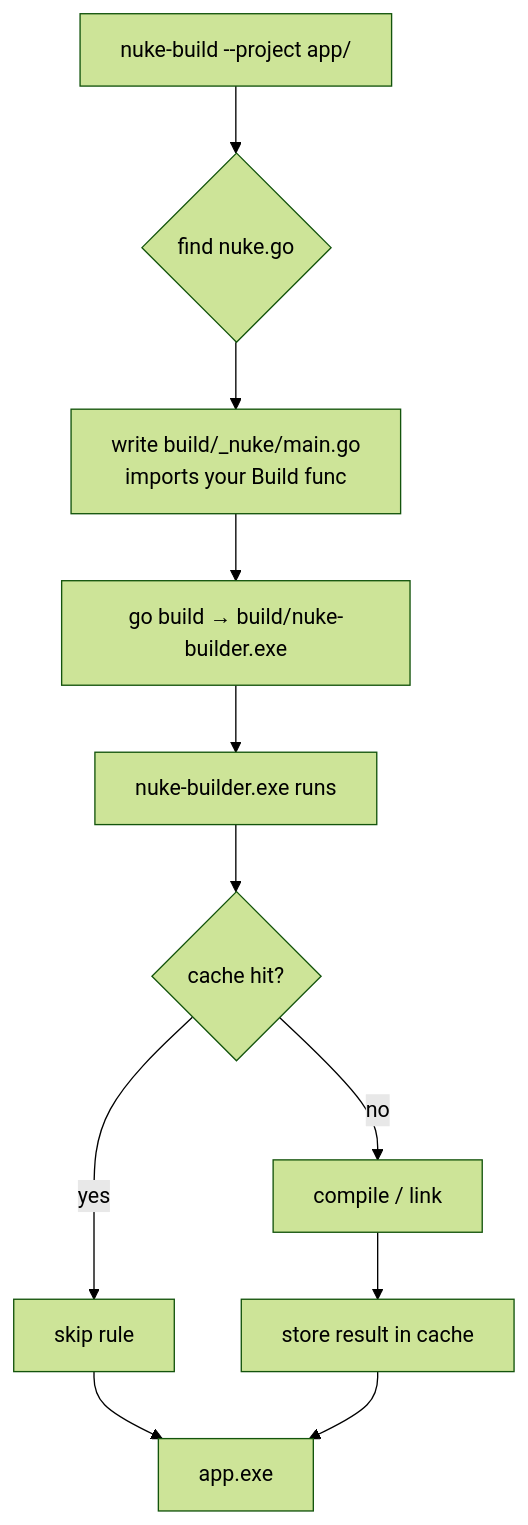
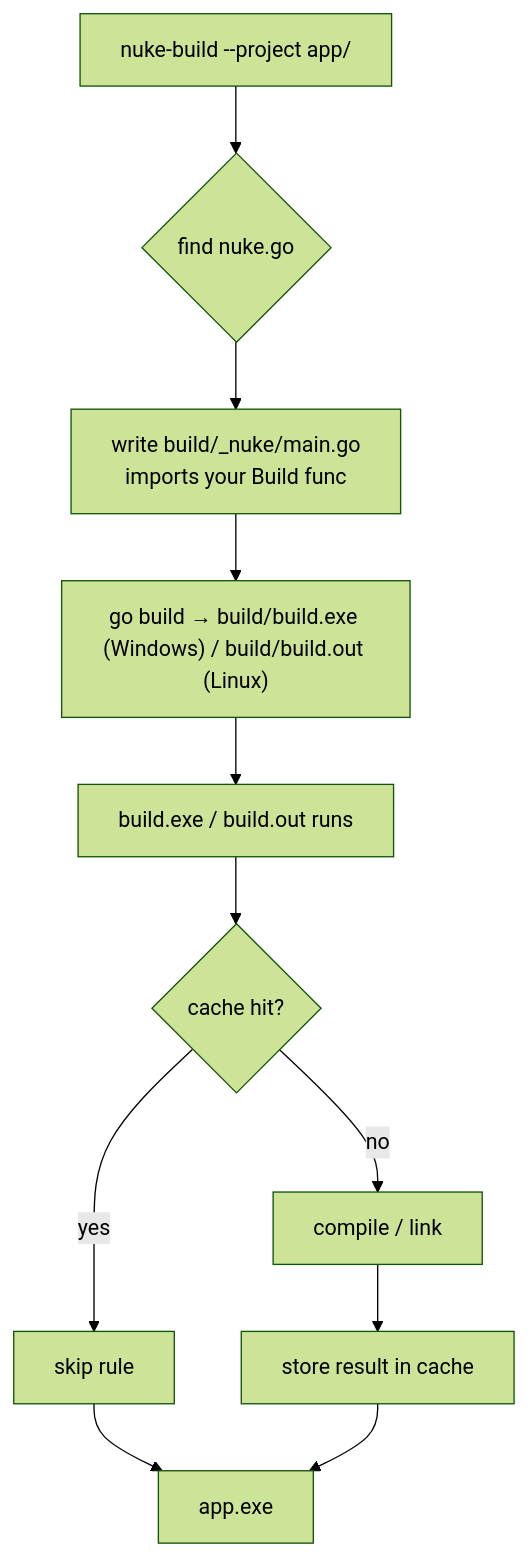
The diagram in QUICKSTART.md (bradphelan/nuke-engine), drawn with Mermaid (forest theme) before and after one commit. The commit also changed 3 other files, not shown here.

First line of the commit message:
feat: transparent flag pass-through and rename builder to build.exe/build.out

````diff
--- a/QUICKSTART.md
+++ b/QUICKSTART.md
@@ -106,12 +106,12 @@
 ```mermaid
 flowchart TD
     A["nuke-build --project app/"] --> B{find nuke.go}
     B --> C[write build/_nuke/main.go\nimports your Build func]
-    C --> D["go build → build/nuke-builder.exe"]
-    D --> E[nuke-builder.exe runs]
+    C --> D["go build → build/build.exe (Windows) / build/build.out (Linux)"]
+    D --> E[build.exe / build.out runs]
     E --> F{cache hit?}
     F -- yes --> G[skip rule]
     F -- no --> H[compile / link]
     H --> I[store result in cache]
     G & I --> J[app.exe]
 ```
````
